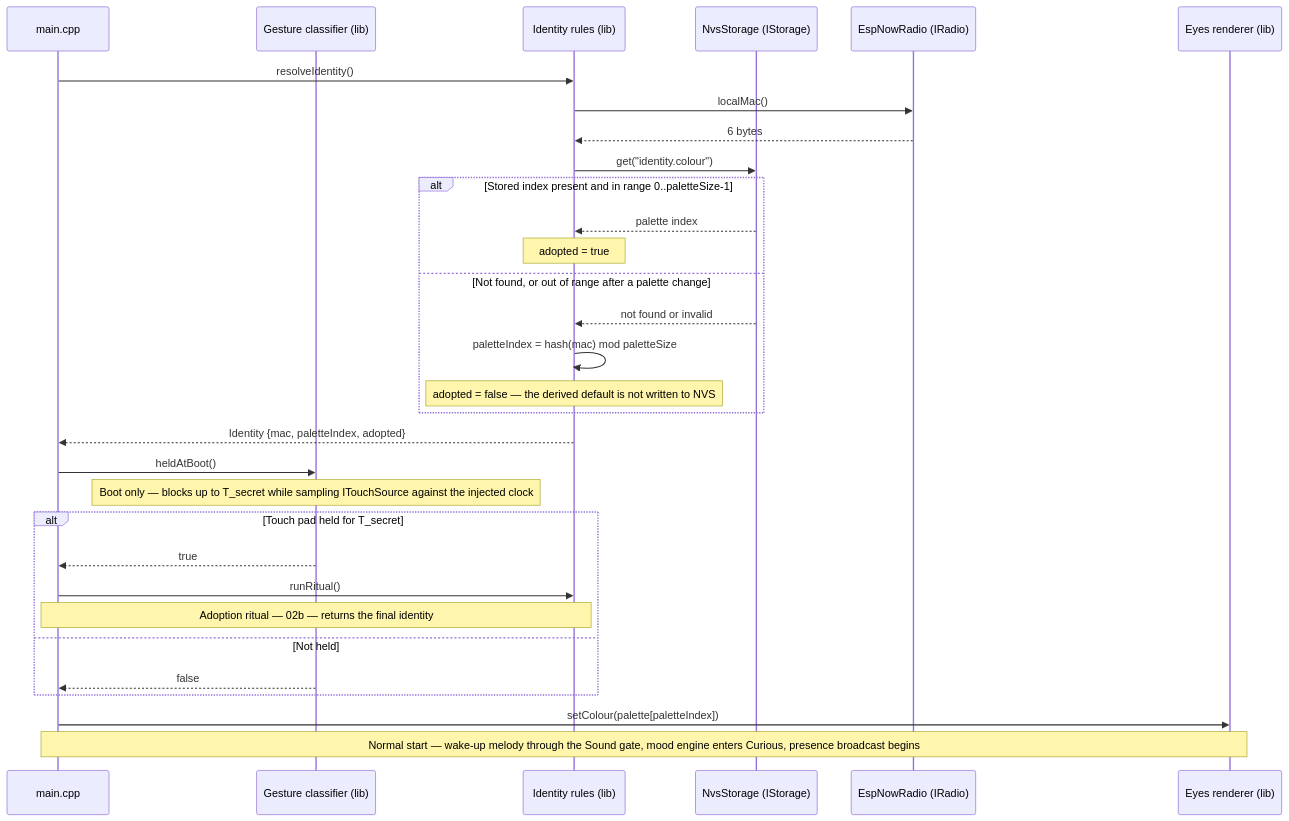
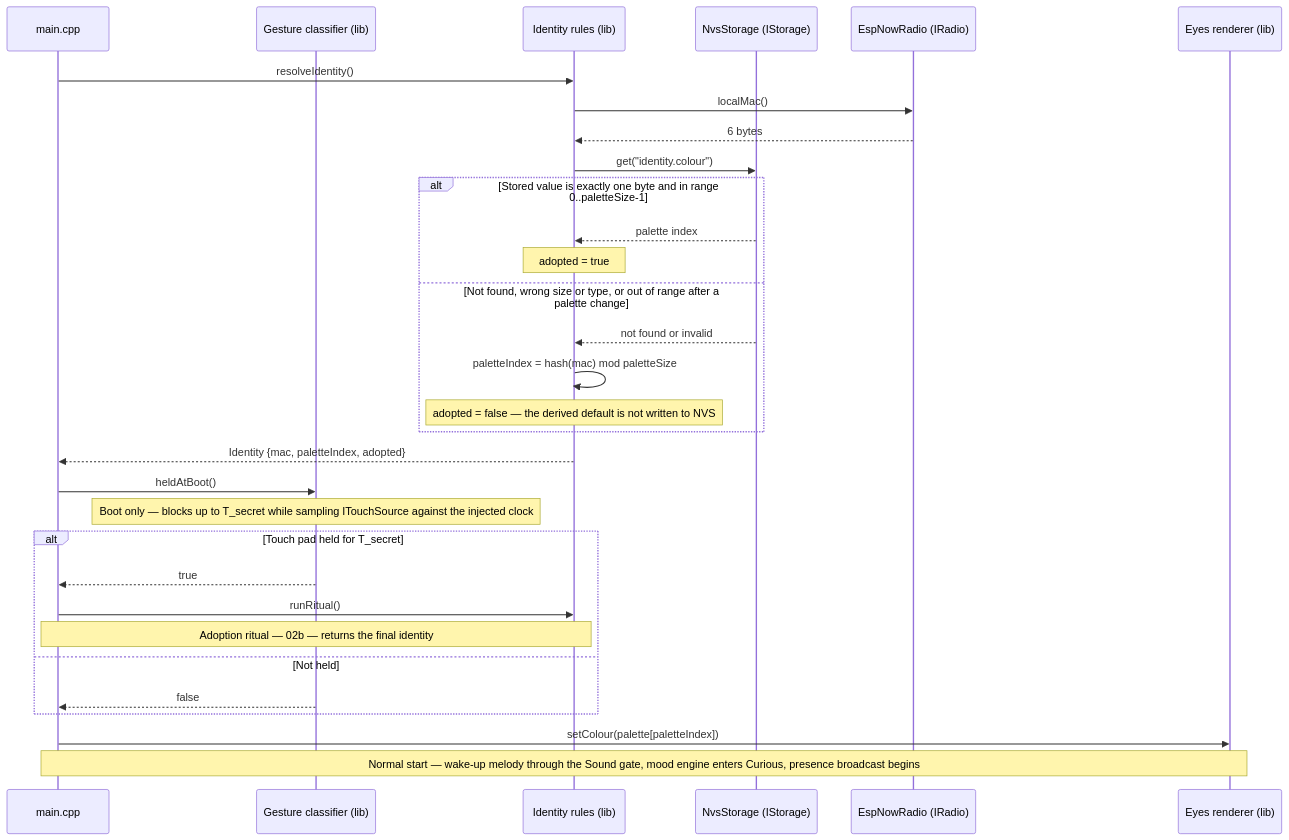
Before and after one commit to benoit-bremaud/cubbies: the diagram in docs/architecture/diagrams/identity/02a-sequence-first-boot.md, drawn with Mermaid. The commit also changed other lines of this file and 9 other files, not shown here.

First line of the commit message:
docs(architecture): apply the review findings to the UML study

````diff
--- a/docs/architecture/diagrams/identity/02a-sequence-first-boot.md
+++ b/docs/architecture/diagrams/identity/02a-sequence-first-boot.md
@@ -17,35 +17,35 @@
 ```mermaid
 sequenceDiagram
   participant M as main.cpp
   participant G as Gesture classifier (lib)
   participant I as Identity rules (lib)
   participant S as NvsStorage (IStorage)
   participant R as EspNowRadio (IRadio)
   participant E as Eyes renderer (lib)
 
   M->>I: resolveIdentity()
   I->>R: localMac()
   R-->>I: 6 bytes
   I->>S: get("identity.colour")
-  alt Stored index present and in range 0..paletteSize-1
+  alt Stored value is exactly one byte and in range 0..paletteSize-1
     S-->>I: palette index
     Note over I: adopted = true
-  else Not found, or out of range after a palette change
+  else Not found, wrong size or type, or out of range after a palette change
     S-->>I: not found or invalid
     I->>I: paletteIndex = hash(mac) mod paletteSize
     Note over I: adopted = false — the derived default is not written to NVS
   end
   I-->>M: Identity {mac, paletteIndex, adopted}
 
   M->>G: heldAtBoot()
   Note over G: Boot only — blocks up to T_secret while sampling ITouchSource against the injected clock
   alt Touch pad held for T_secret
     G-->>M: true
     M->>I: runRitual()
     Note over M,I: Adoption ritual — 02b — returns the final identity
   else Not held
     G-->>M: false
   end
   M->>E: setColour(palette[paletteIndex])
   Note over M,E: Normal start — wake-up melody through the Sound gate, mood engine enters Curious, presence broadcast begins
 ```
````
